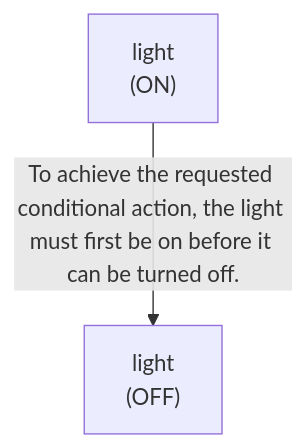
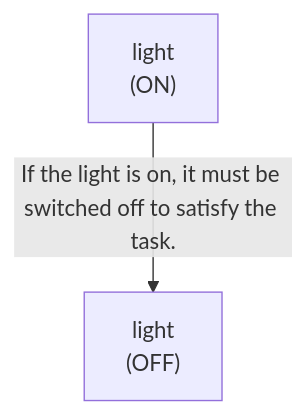
Before and after one commit to scuama/virtualhome: the second of 3 diagrams in evaluation/results/table3/robostate/runs/without_goal_reasoning/G3_14/run_T3_without_goal_reasoning_G3_14.md, drawn with Mermaid. The commit also changed other lines of this file and 507 other files, not shown here.

````diff
--- a/evaluation/results/table3/robostate/runs/without_goal_reasoning/G3_14/run_T3_without_goal_reasoning_G3_14.md
+++ b/evaluation/results/table3/robostate/runs/without_goal_reasoning/G3_14/run_T3_without_goal_reasoning_G3_14.md
@@ -62,6 +62,6 @@
 ```mermaid
 graph TD
-    N1["light<br>(ON)"]
-    N2["light<br>(OFF)"]
-    N1 -->|"To achieve the requested conditional action, the light must first be on before it can be turned off."| N2
+    N1["light<br>(OFF)"]
+    N2["light<br>(ON)"]
+    N2 -->|"If the light is on, it must be switched off to satisfy the task."| N1
 ```
````
